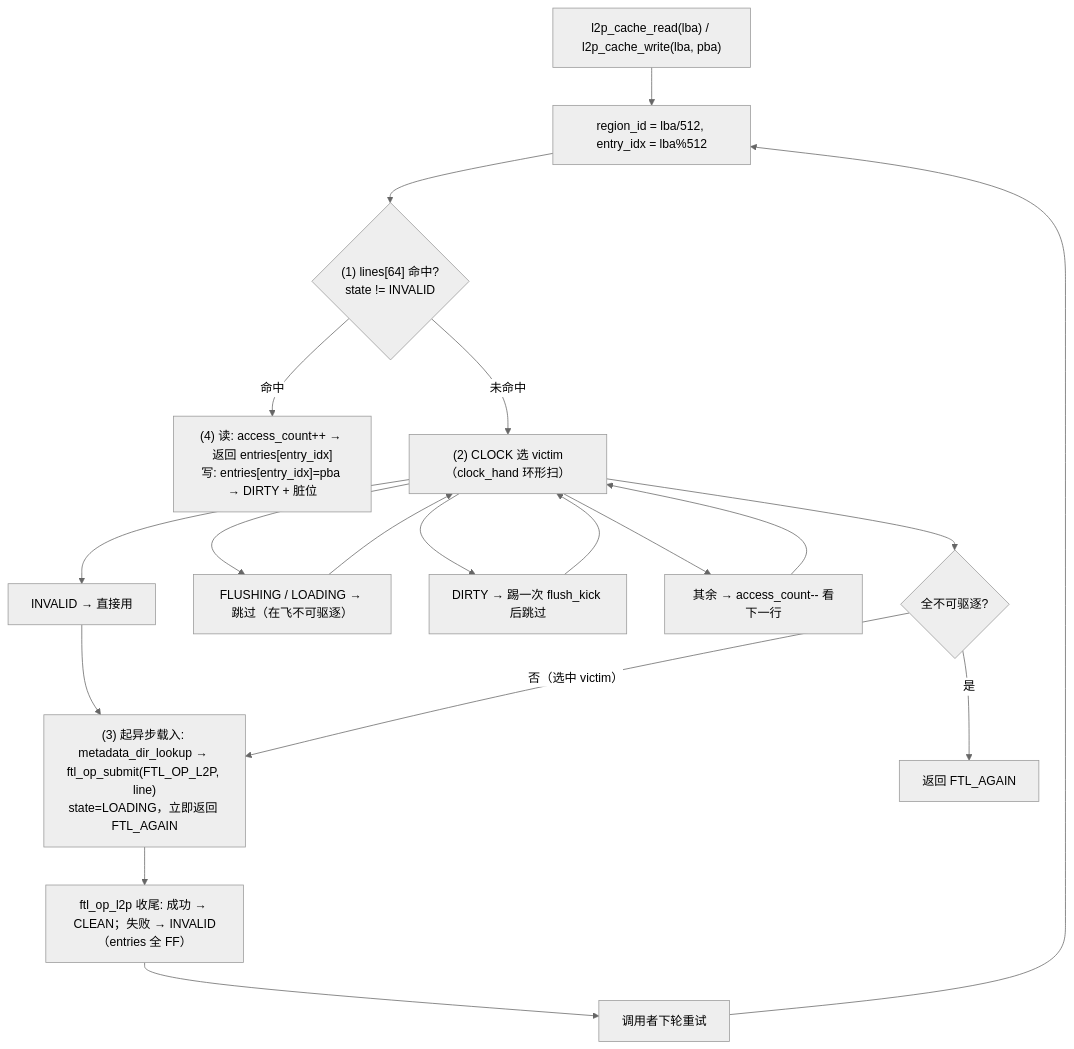
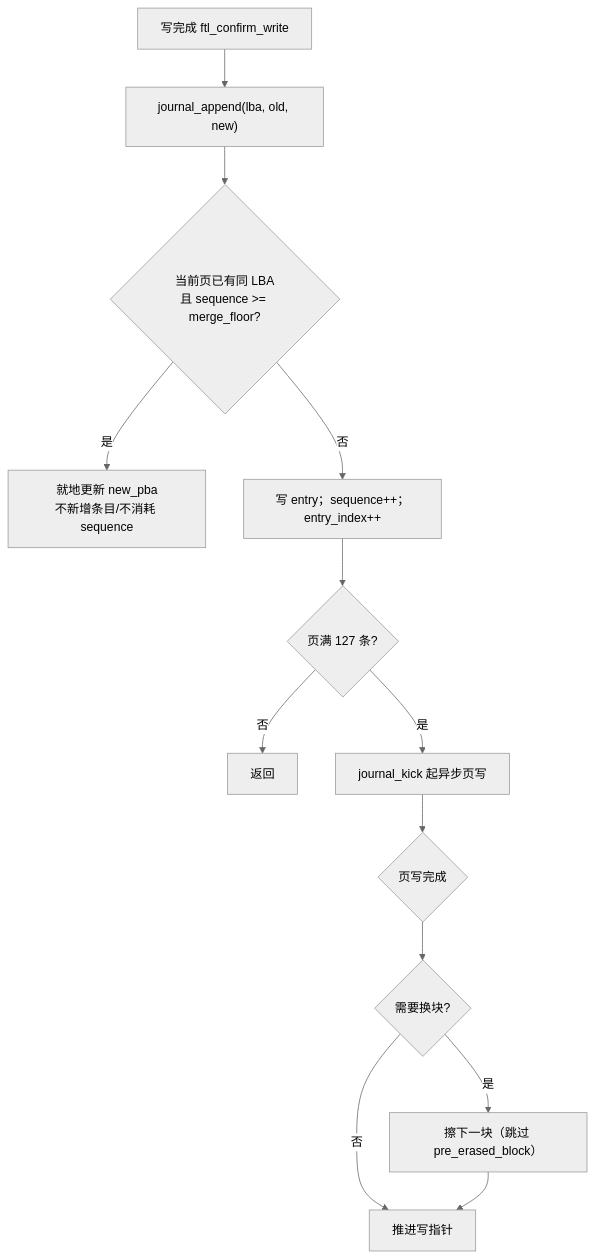
Before and after one commit to YzYMIAO/BASESSD: diagram 11 of 28 in docs/design/ftl_design.md, drawn with Mermaid (neutral theme). The commit also changed other lines of this file and 4 other files, not shown here.

````diff
--- a/docs/design/ftl_design.md
+++ b/docs/design/ftl_design.md
@@ -2117,21 +1615,15 @@
 ```mermaid
 flowchart TD
-    A["l2p_cache_read(lba) / l2p_cache_write(lba, pba)"] --> B["region_id = lba/512, entry_idx = lba%512"]
-    B --> C{"(1) lines[64] 命中?\nstate != INVALID"}
-    C -- 命中 --> H["(4) 读: access_count++ → 返回 entries[entry_idx]\n写: entries[entry_idx]=pba → DIRTY + 脏位"]
-    C -- 未命中 --> D["(2) CLOCK 选 victim（clock_hand 环形扫）"]
-    D --> D1["INVALID → 直接用"]
-    D --> D2["FLUSHING / LOADING → 跳过（在飞不可驱逐）"]
-    D --> D3["DIRTY → 踢一次 flush_kick 后跳过"]
-    D --> D4["其余 → access_count-- 看下一行"]
-    D1 --> E
-    D2 --> D
-    D3 --> D
-    D4 --> D
-    D --> D5{"全不可驱逐?"}
-    D5 -- 是 --> D6["返回 FTL_AGAIN"]
-    D5 -- 否（选中 victim） --> E["(3) 起异步载入: metadata_dir_lookup → ftl_op_submit(FTL_OP_L2P, line)\nstate=LOADING，立即返回 FTL_AGAIN"]
-    E --> F["ftl_op_l2p 收尾: 成功 → CLEAN；失败 → INVALID（entries 全 FF）"]
-    F --> G["调用者下轮重试"]
-    G --> B
+    A["写完成 ftl_confirm_write"] --> B["journal_append(lba, old, new)"]
+    B --> C{"当前页已有同 LBA<br/>且 sequence >= merge_floor?"}
+    C -- "是" --> D["就地更新 new_pba<br/>不新增条目/不消耗 sequence"]
+    C -- "否" --> E["写 entry；sequence++；entry_index++"]
+    E --> F{"页满 127 条?"}
+    F -- "否" --> G["返回"]
+    F -- "是" --> H["journal_kick 起异步页写"]
+    H --> I{"页写完成"}
+    I --> J{"需要换块?"}
+    J -- "否" --> K["推进写指针"]
+    J -- "是" --> L["擦下一块（跳过 pre_erased_block）"]
+    L --> K
 ```
````
